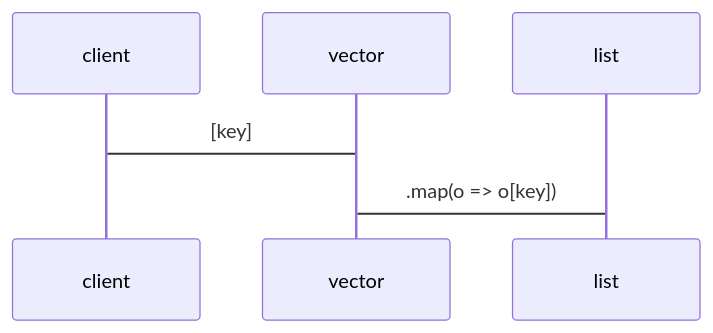
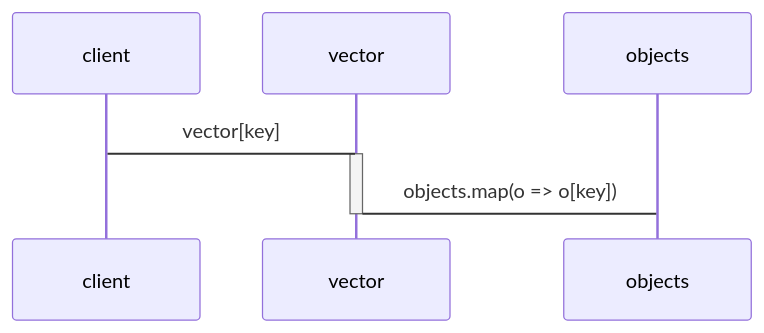
One commit to domrally/peekeasy changed the second of 4 diagrams in README.md. Above: the diagram before and after it, drawn with Mermaid. The commit also changed other lines of this file, not shown here.

````diff
--- a/README.md
+++ b/README.md
@@ -174,5 +174,7 @@
 ```mermaid
 sequenceDiagram
-    client->vector: [key]
-    vector->list: .map(o => o[key])
+    client->vector: vector[key]
+    activate vector
+    vector->objects: objects.map(o => o[key])
+    deactivate vector
 ```
````
